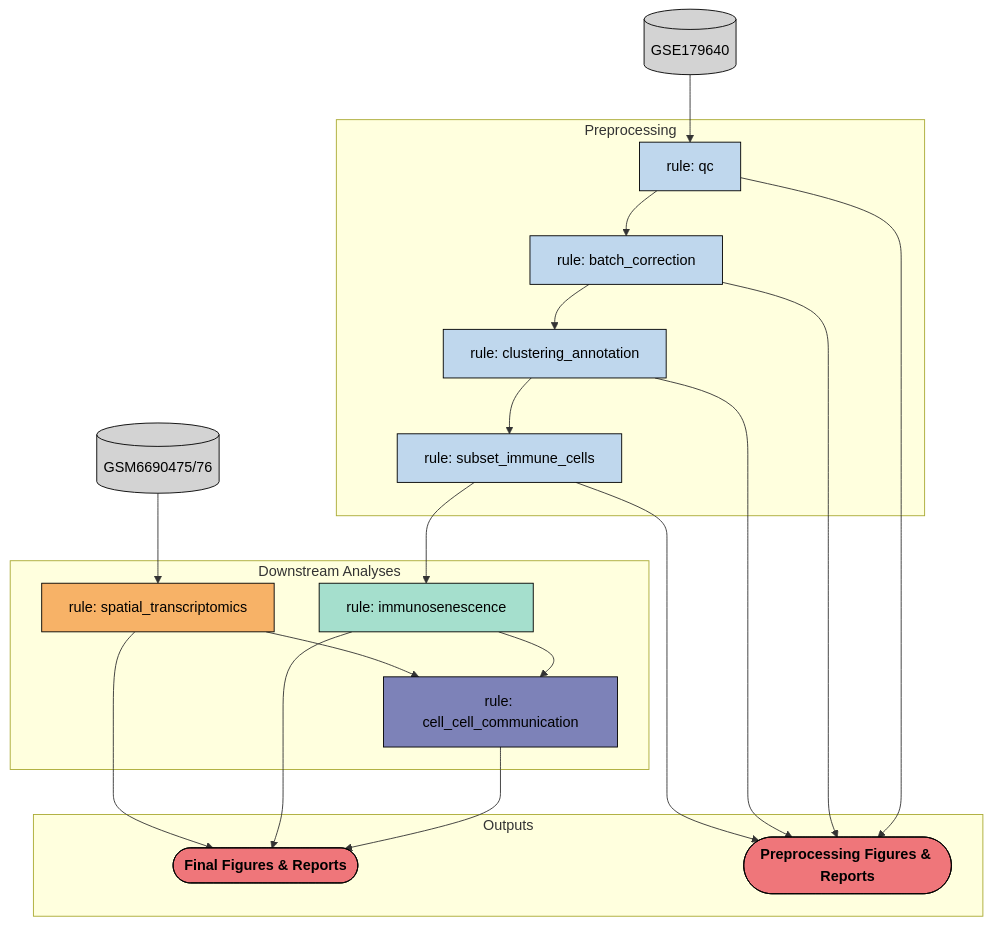
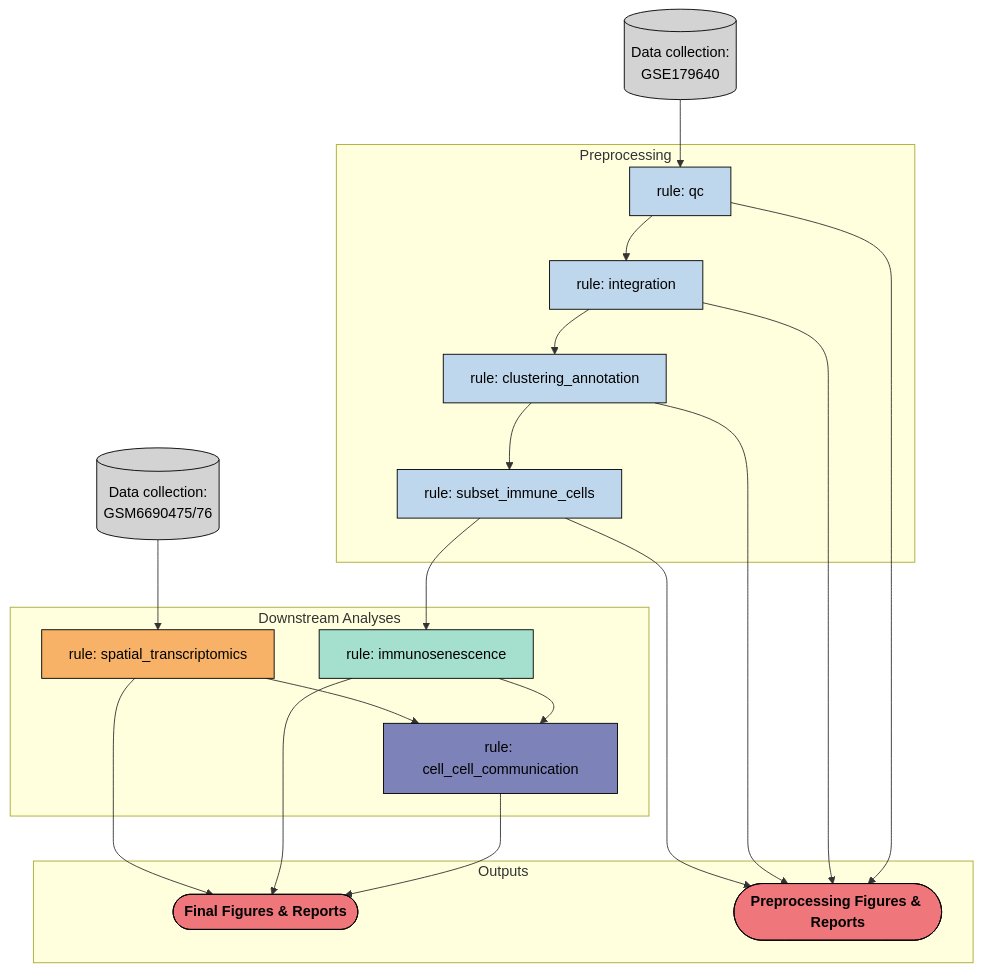
One commit to taimcnugget/endo-immune-atlas changed the diagram in README.md. Above: the diagram before and after it, drawn with Mermaid. The commit also changed other lines of this file and 5 other files, not shown here.

Commit message:
data collection complete

````diff
--- a/README.md
+++ b/README.md
@@ -73,49 +73,49 @@
 ```mermaid
 flowchart TD
-    gse[(GSE179640)]
-    gsm[(GSM6690475/76)]
+    gse[(Data collection:<br/> GSE179640)]
+    gsm[(Data collection:<br/> GSM6690475/76)]
 
     subgraph preprocess["Preprocessing"]
         qc[rule: qc]
-        batch[rule: batch_correction]
+        integration[rule: integration]
         cluster[rule: clustering_annotation]
         subset[rule: subset_immune_cells]
     end
 
     subgraph downstream["Downstream Analyses"]
         immuno[rule: immunosenescence]
         spatial[rule: spatial_transcriptomics]
         ccc[rule: cell_cell_communication]
     end
 
     subgraph outputs["Outputs"]
         figures([Final Figures & Reports])
         preprocess_figures([Preprocessing Figures & Reports])
     end
 
-    gse --> qc --> batch --> cluster --> subset --> immuno --> ccc
+    gse --> qc --> integration --> cluster --> subset --> immuno --> ccc
     gsm --> spatial --> ccc
 
     qc --> preprocess_figures
-    batch --> preprocess_figures
+    integration --> preprocess_figures
     cluster --> preprocess_figures
     subset --> preprocess_figures
 
     ccc --> figures
     immuno --> figures
     spatial --> figures
 
     classDef dataset fill:#D3D3D3,stroke:#000,color:#000;
     classDef scRNAseq fill:#BFD7ED,stroke:#000,color:#000;
     classDef immunosenescence_analysis fill:#A5DFCD,stroke:#000,color:#000;
     classDef spatial fill:#F7B267,stroke:#000,color:#000;
     classDef cell_com fill:#7D82B8,stroke:#000,color:#000;
     classDef output fill:#EF767A,stroke:#000,color:#000,font-weight:bold;
 
     class gse,gsm dataset;
-    class qc,batch,cluster,subset scRNAseq;
+    class qc,integration,cluster,subset scRNAseq;
     class immuno immunosenescence_analysis;
     class spatial spatial;
     class ccc cell_com;
     class figures,preprocess_figures output;
 ```
````
